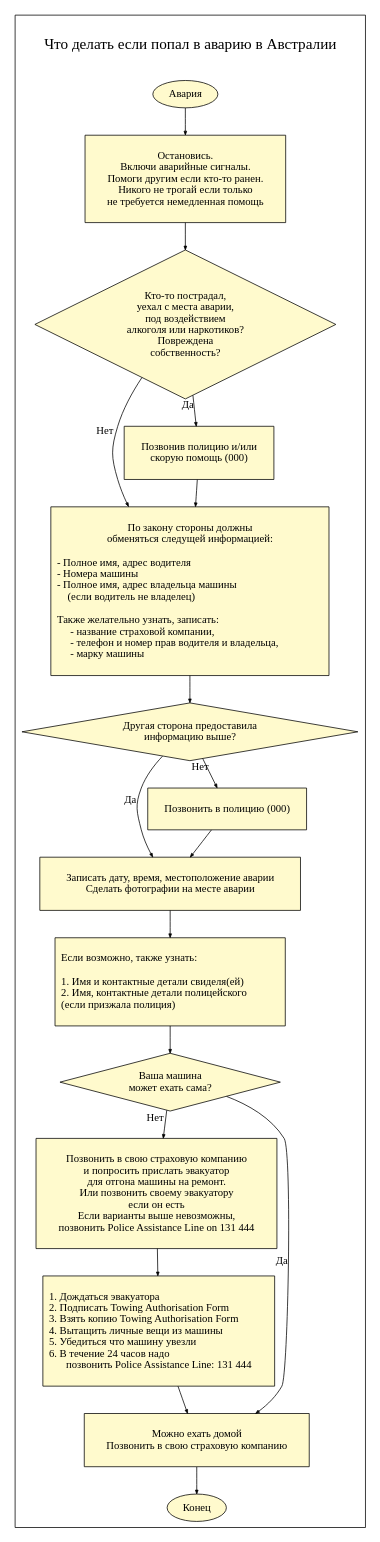
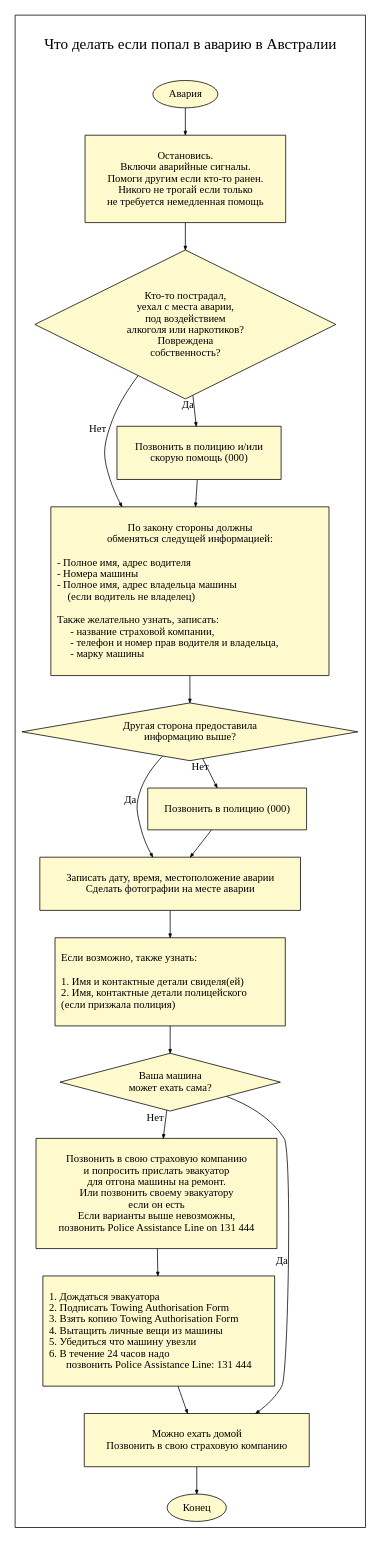
One commit to machetto/caraccident changed the diagram in what_to_do_in_car_accident_rus.dot. Above: the diagram before and after it, drawn with Graphviz. The commit also changed 2 other files, not shown here.

Commit message:
Cosmetic label fix

```diff
--- a/what_to_do_in_car_accident_rus.dot
+++ b/what_to_do_in_car_accident_rus.dot
@@ -1,62 +1,62 @@
 digraph {
 fontsize=20; fontname=Calibri;bgcolor="white";
 #splines=ortho; nodesep=0;
 edge [penwidth=1, color=black, arrowsize=.5, fontname=Calibri]
 
 subgraph cluster_0 {
 
 label = "\nЧто делать если попал в аварию в Австралии\n\n";
 
 node [shape=box, fontname=Calibri, style=filled,fillcolor=lemonchiffon;];
 
 {node [label="\nОстановись.\nВключи аварийные сигналы.\nПомоги другим если кто-то ранен.\nНикого не трогай если только\nне требуется немедленная помощь\n\n"] N2;}
 
 {node [label="\nПо закону стороны должны\nобменяться следущей информацией:\n\n- Полное имя, адрес водителя\l- Номера машины\l- Полное имя, адрес владельца машины\l     (если водитель не владелец)\l\nТакже желательно узнать, записать:\l      - название страховой компании,\l      - телефон и номер прав водителя и владельца,\l      - марку машины\l\n"] N5; }
 
 {node [label="\nЗаписать дату, время, местоположение аварии\nСделать фотографии на месте аварии\n\n"] N8;}
 
 {node [label="\nЕсли возможно, также узнать:\l\l1. Имя и контактные детали свиделя(ей)\l2. Имя, контактные детали полицейского\l(если призжала полиция)\l\n"] "N9";}
 
 {node [label="\nПозвонить в свою страховую компанию\nи попросить прислать эвакуатор\nдля отгона машины на ремонт.\nИли позвонить своему эвакуатору\nесли он есть\nЕсли варианты выше невозможны,\nпозвонить Police Assistance Line on 131 444\n\n"] "N12";}
 
 {node [label="\l1. Дождаться эвакуатора\l2. Подписать Towing Authorisation Form\l3. Взять копию Towing Authorisation Form\l4. Вытащить личные вещи из машины\l5. Убедиться что машину увезли\l6. В течение 24 часов надо\lпозвонить Police Assistance Line: 131 444\n\n"] "N13";}
 
 {node [label="\nМожно ехать домой\nПозвонить в свою страховую компанию\n\n"] "N14";}
 
-{node [label="\nПозвонив полицию и/или\nскорую помощь (000)\n\n"] "N4";}
+{node [label="\nПозвонить в полицию и/или\nскорую помощь (000)\n\n"] "N4";}
 
 {node [label="\nПозвонить в полицию (000)\n\n"] "N7";}
 
 node [shape=ellipse];
 
 {node [label="Авария"] N1; }
 
 {node [label="Конец"] N15; }
 
 node [shape=diamond];
 
 {node [label="Кто-то пострадал,\nуехал c места аварии,\nпод воздействием\nалкоголя или наркотиков?\nПовреждена\nсобственность?"] "N3";}
 
 {node [label="Другая сторона предоставила\nинформацию выше?"] N6;}
 
 {node [label="Ваша машина\nможет ехать сама?"] N11;}
 
 }
 
 N1 -> N2;
 N2 -> N3;
 N3 -> N4 [xlabel="Да"];
 N4 -> N5;
 N3 -> N5 [xlabel="Нет"];
 N5 -> N6;
 N6 -> N7 [xlabel="Нет"];
 N7 -> N8;
 N6 -> N8 [xlabel="Да"];
 N8 -> N9;
 N9 -> N11;
 N11 -> N12 [xlabel="Нет"];
 N12 -> N13;
 N13 -> N14;
 N14 -> N15;
 N11 -> N14 [xlabel="Да"];
 }
```
